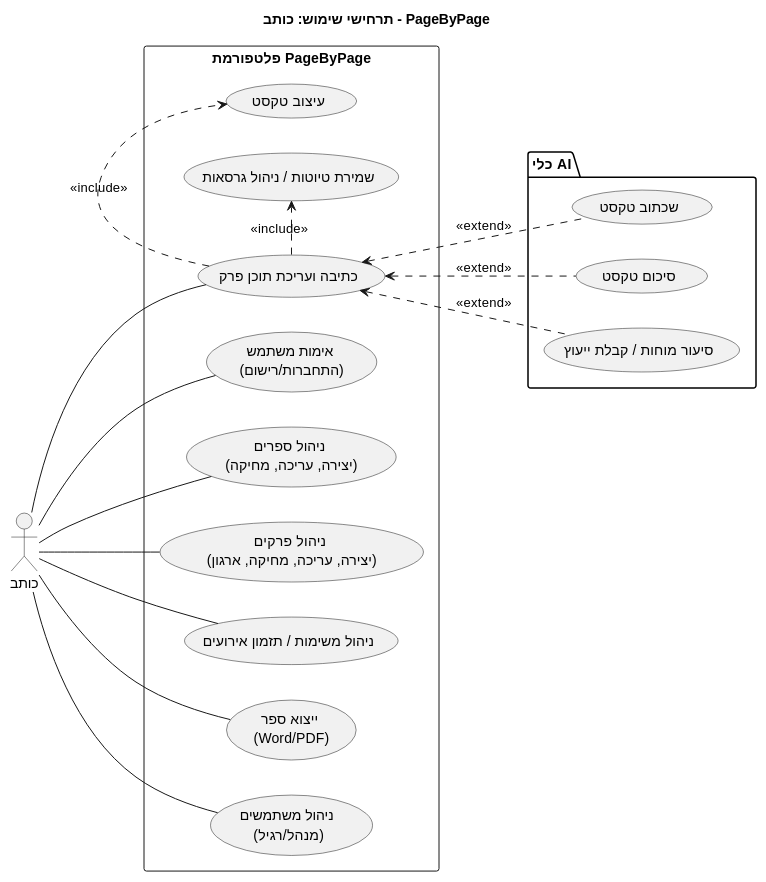
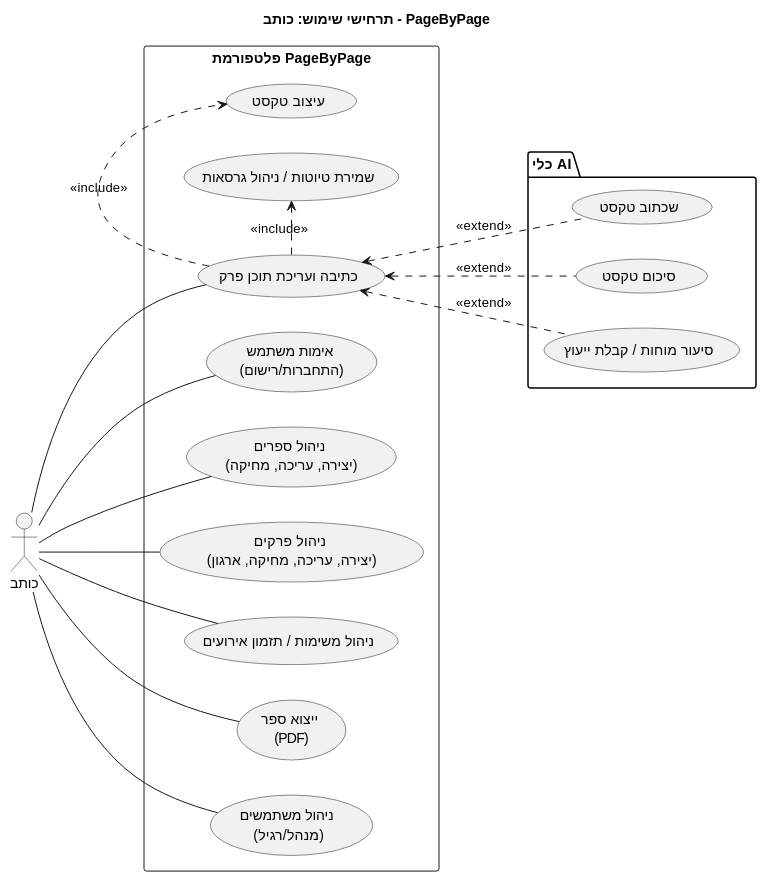
Before and after one commit to Arado3333/PageByPage_Israel_Arad: the diagram in UML/Writer.puml, drawn with PlantUML. The commit also changed 9 other files, not shown here.

```diff
--- a/UML/Writer.puml
+++ b/UML/Writer.puml
@@ -1,45 +1,45 @@
 @startuml
 title "תרחישי שימוש: כותב - PageByPage"
 
 left to right direction
 
 actor "כותב" as Writer
 
 rectangle "פלטפורמת PageByPage" {
   usecase UC_Auth as "אימות משתמש \n(התחברות/רישום)"
   usecase UC_ManageBooks as "ניהול ספרים \n(יצירה, עריכה, מחיקה)"
   usecase UC_ManageChapters as "ניהול פרקים \n(יצירה, עריכה, מחיקה, ארגון)"
   usecase UC_WriteEdit as "כתיבה ועריכת תוכן פרק"
   usecase UC_FormatText as "עיצוב טקסט"
   usecase UC_SaveVersions as "שמירת טיוטות / ניהול גרסאות"
   usecase UC_ManageTasks as "ניהול משימות / תזמון אירועים"
-  usecase UC_Export as "ייצוא ספר \n(Word/PDF)"
+  usecase UC_Export as "ייצוא ספר \n(PDF)"
   usecase UC_ManageUsers as "ניהול משתמשים \n(מנהל/רגיל)"
 
   ' Relationships within the system
   UC_WriteEdit .> UC_FormatText : <<include>>
   UC_WriteEdit .> UC_SaveVersions : <<include>>
 }
 
 package "כלי AI" {
   usecase UC_Rewrite as "שכתוב טקסט"
   usecase UC_Summarize as "סיכום טקסט"
   usecase UC_Brainstorm as "סיעור מוחות / קבלת ייעוץ"
 }
 
 ' Extend relationships from Writing to AI Tools
 UC_WriteEdit <.. UC_Rewrite : <<extend>>
 UC_WriteEdit <.. UC_Summarize : <<extend>>
 UC_WriteEdit <.. UC_Brainstorm : <<extend>>
 
 ' Actor Associations
 Writer -- UC_Auth
 Writer -- UC_ManageBooks
 Writer -- UC_ManageChapters
 Writer -- UC_WriteEdit
 ' Writer interacts with AI tools *through* UC_WriteEdit
 Writer -- UC_ManageTasks
 Writer -- UC_Export
 Writer -- UC_ManageUsers
 
 @enduml
```
